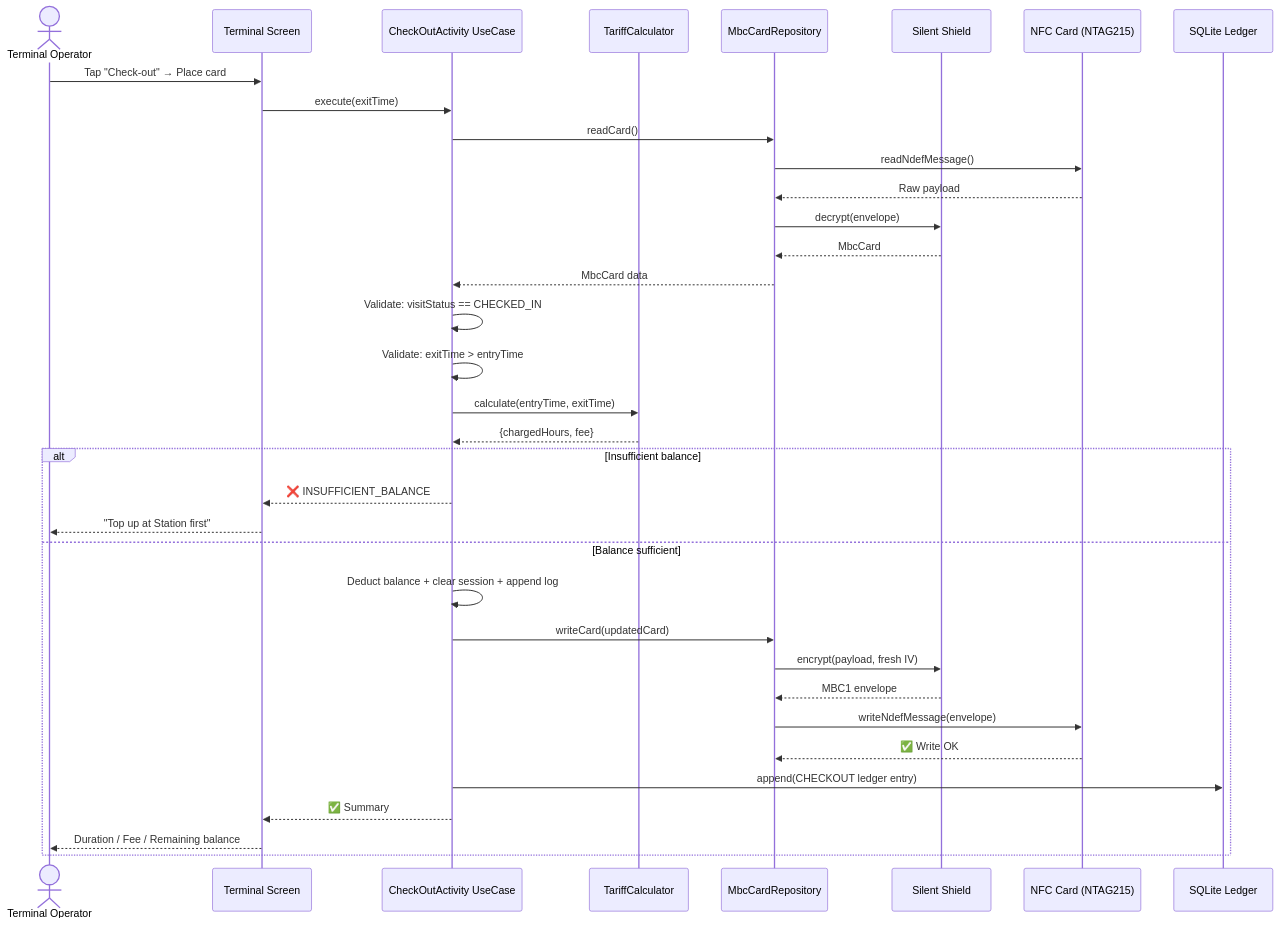
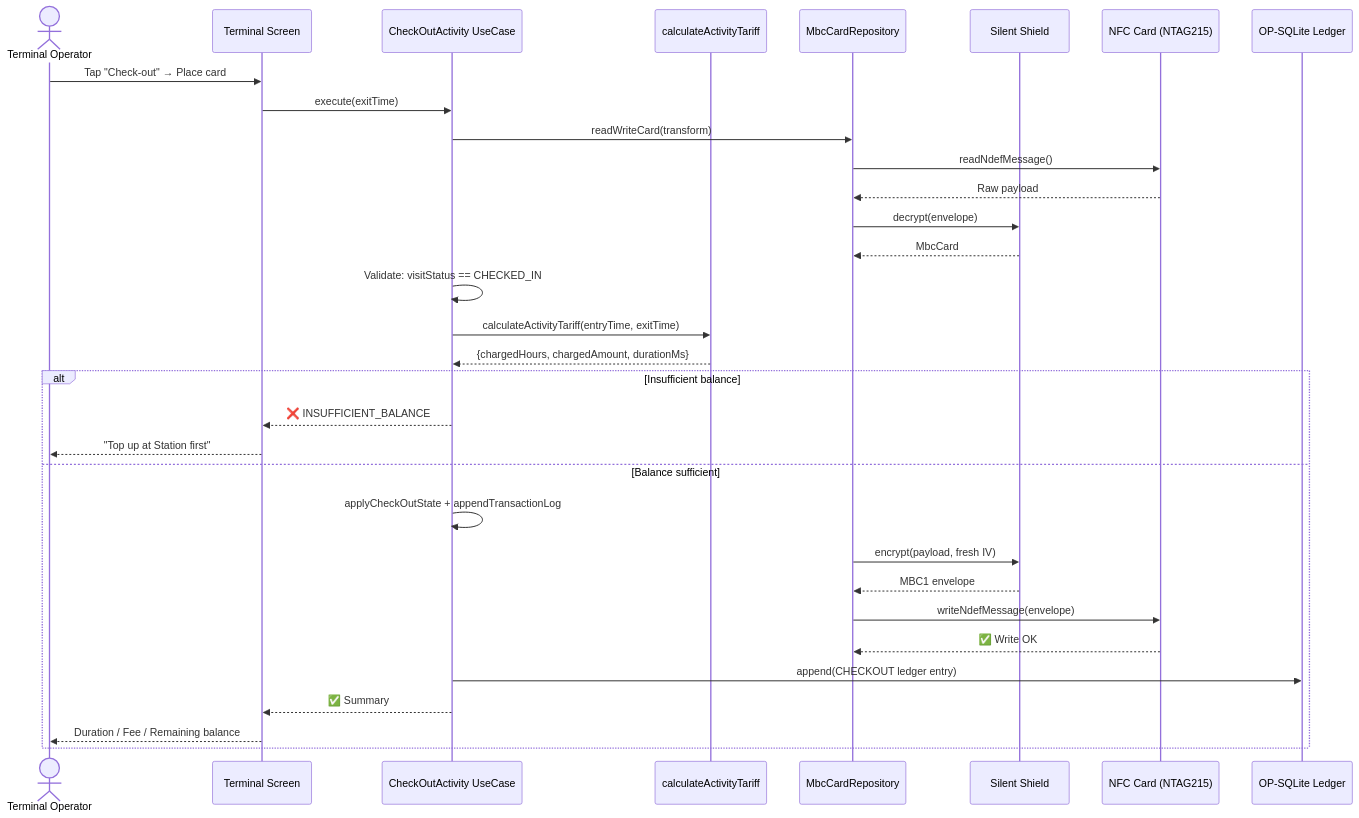
One commit to Schitzos/mbc-nfc changed the fifth of 15 diagrams in docs/PRESENTATION.md. Above: the diagram before and after it, drawn with Mermaid. The commit also changed other lines of this file, not shown here.

````diff
--- a/docs/PRESENTATION.md
+++ b/docs/PRESENTATION.md
@@ -246,38 +241,35 @@
 ```mermaid
 sequenceDiagram
     actor Op as Terminal Operator
     participant UI as Terminal Screen
     participant UC as CheckOutActivity UseCase
-    participant Tariff as TariffCalculator
+    participant Tariff as calculateActivityTariff
     participant Repo as MbcCardRepository
     participant Shield as Silent Shield
     participant Card as NFC Card (NTAG215)
-    participant DB as SQLite Ledger
+    participant DB as OP-SQLite Ledger
 
     Op->>UI: Tap "Check-out" → Place card
     UI->>UC: execute(exitTime)
-    UC->>Repo: readCard()
+    UC->>Repo: readWriteCard(transform)
     Repo->>Card: readNdefMessage()
     Card-->>Repo: Raw payload
     Repo->>Shield: decrypt(envelope)
     Shield-->>Repo: MbcCard
-    Repo-->>UC: MbcCard data
     UC->>UC: Validate: visitStatus == CHECKED_IN
-    UC->>UC: Validate: exitTime > entryTime
-    UC->>Tariff: calculate(entryTime, exitTime)
-    Tariff-->>UC: {chargedHours, fee}
+    UC->>Tariff: calculateActivityTariff(entryTime, exitTime)
+    Tariff-->>UC: {chargedHours, chargedAmount, durationMs}
     alt Insufficient balance
         UC-->>UI: ❌ INSUFFICIENT_BALANCE
         UI-->>Op: "Top up at Station first"
     else Balance sufficient
-        UC->>UC: Deduct balance + clear session + append log
-        UC->>Repo: writeCard(updatedCard)
+        UC->>UC: applyCheckOutState + appendTransactionLog
         Repo->>Shield: encrypt(payload, fresh IV)
         Shield-->>Repo: MBC1 envelope
         Repo->>Card: writeNdefMessage(envelope)
         Card-->>Repo: ✅ Write OK
         UC->>DB: append(CHECKOUT ledger entry)
         UC-->>UI: ✅ Summary
         UI-->>Op: Duration / Fee / Remaining balance
     end
 ```
````
